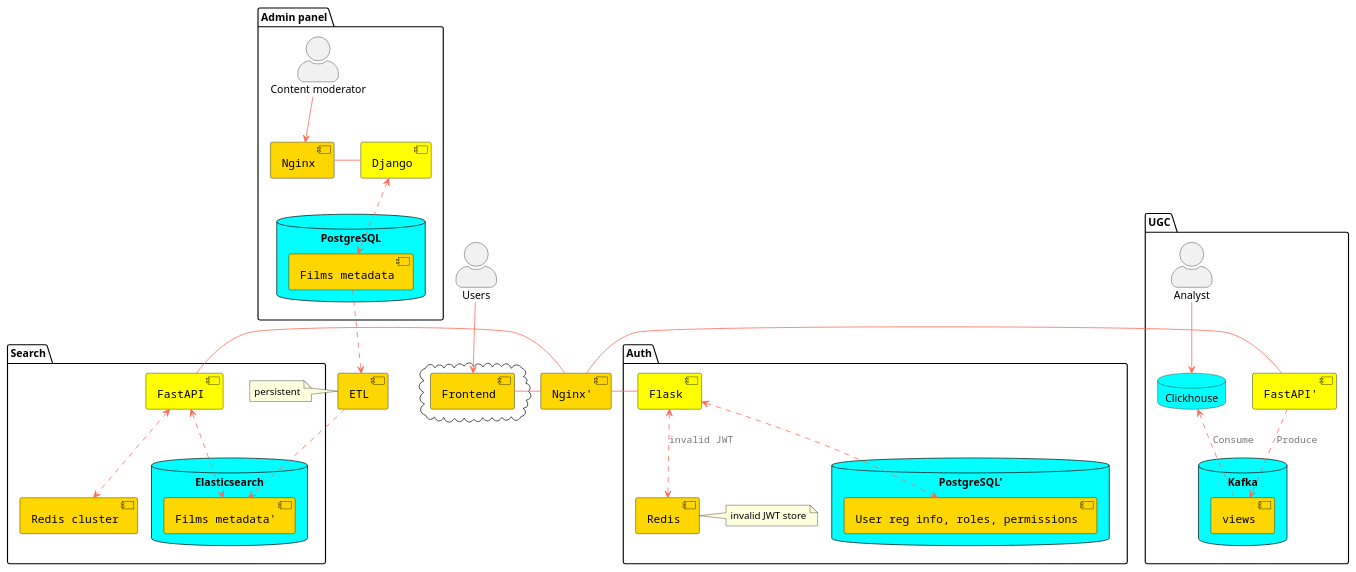
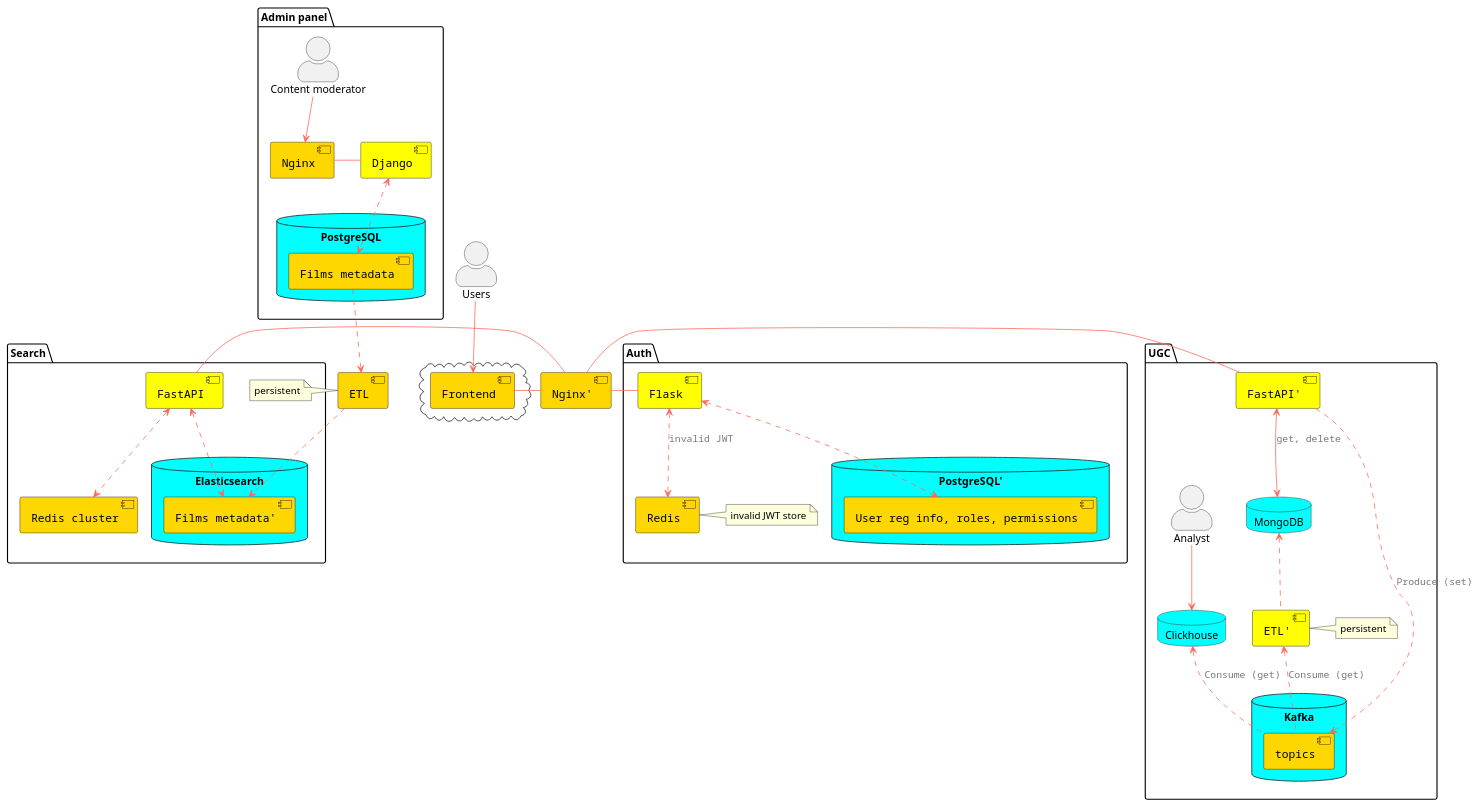
The diagram in uml/components.puml (paQQuete/ugc_sprint_1), drawn with PlantUML before and after one commit.

Commit message:
uml updated

```diff
--- a/uml/components.puml
+++ b/uml/components.puml
@@ -1,95 +1,100 @@
 @startuml
 'https://plantuml.com/object-diagram
 
 
 skinparam component {
   FontSize 15
   BackgroundColor<<Apache>> Pink
   BorderColor<<Apache>> #FF6655
   FontName Courier
   BorderColor black
   BackgroundColor gold
   ArrowFontName Courier
   ArrowColor #FF6655
   ArrowFontColor #777777
 }
 skinparam databaseBackgroundColor Aqua
 skinparam actorStyle awesome
 
 cloud {
 [Frontend]
 }
 
 package "Admin panel" {
     [Django] #Yellow
 
     :Content moderator: --> [Nginx]
     [Nginx] - [Django]
     database "PostgreSQL" {
         [Films metadata]
     }
     [Django] <..> [Films metadata]
 }
 
 [ETL]
 
 
 
 skinparam actorStyle awesome
     :Users: --> [Frontend]
     [Frontend] - [Nginx']
 
 package "Search" {
     [FastAPI] #Yellow
     note right of [ETL]
     persistent
     end note
 
     [Films metadata] ..> [ETL]
     database "Elasticsearch" {
         [Films metadata']
     }
     [ETL] ..> [Films metadata']
 
 
 
     [FastAPI] <..> [Redis cluster]
     [FastAPI] <..> [Films metadata']
 
 }
 
 package "Auth" {
     [Flask] #Yellow
     [Redis]
     database "PostgreSQL'" {
     [User reg info, roles, permissions]
     }
     [Nginx'] - [Flask]
     [Flask] <..> [Redis] : invalid JWT
     [Flask] <..> [User reg info, roles, permissions]
     note right of [Redis]
     invalid JWT store
     end note
 }
 
 package "UGC" {
     [FastAPI'] #Yellow
+    [ETL'] #Yellow
     database "Kafka" {
-        [views]
+        [topics]
     }
     database "Clickhouse"
-
+    database "MongoDB"
     :Analyst: --> "Clickhouse"
 
 
-    [FastAPI'] ..> [views] : Produce
-    "Clickhouse" <.. [views] : Consume
-
-
+    [FastAPI'] ..> [topics] : Produce (set)
+    "Clickhouse" <.. [topics] : Consume (get)
+    "ETL'" <.. [topics] : Consume (get)
+    "MongoDB" <.. "ETL'"
+    [FastAPI'] <--> "MongoDB" : get, delete
+    note right of [ETL']
+    persistent
+    end note
 }
 
 [Nginx'] - [FastAPI]
 [Nginx'] - [FastAPI']
 
 
 @enduml
```
